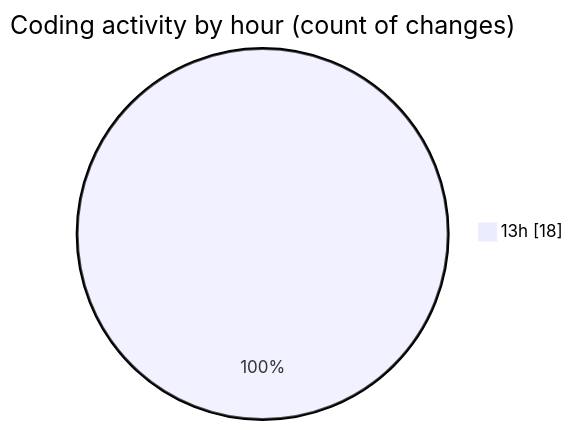
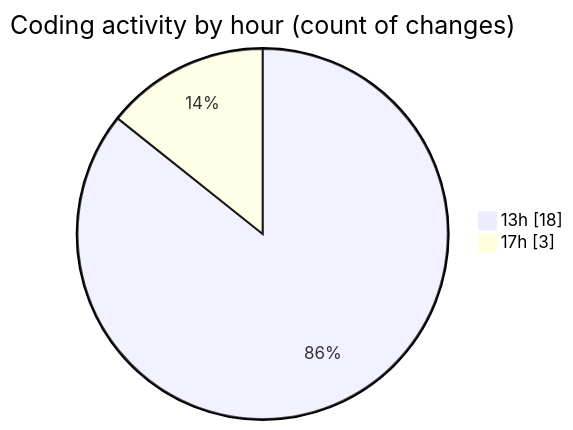
The second of 2 diagrams in 2025-09-10/data/README.md (lephambinh05/code-tracking), drawn with Mermaid before and after one commit. The commit also changed other lines of this file and 1 other file, not shown here.

````diff
--- a/2025-09-10/data/README.md
+++ b/2025-09-10/data/README.md
@@ -36,5 +40,6 @@
 ```mermaid
 pie showData
 title Coding activity by hour (count of changes)
 "13h" : 18
+"17h" : 3
 ```
````
